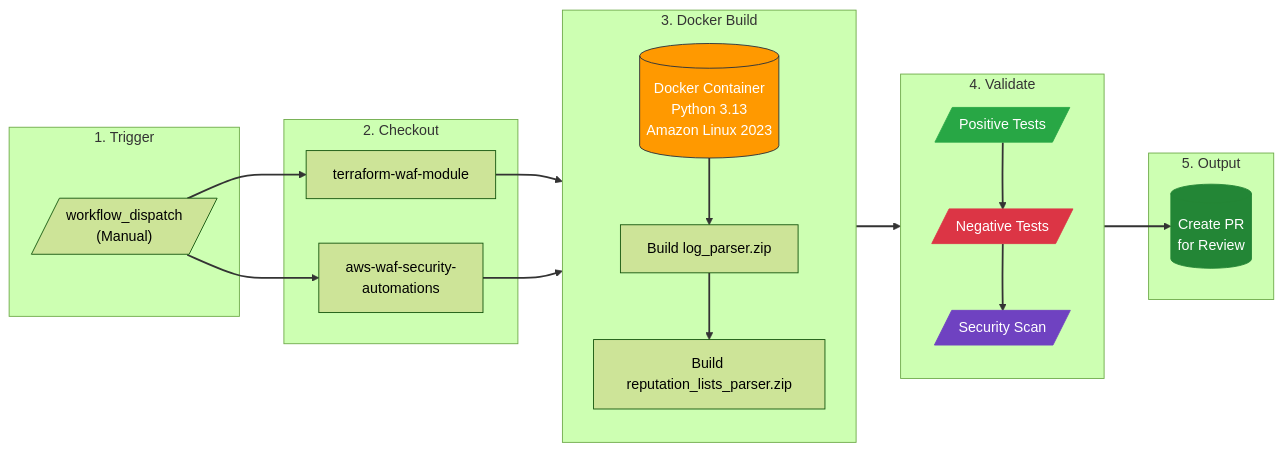
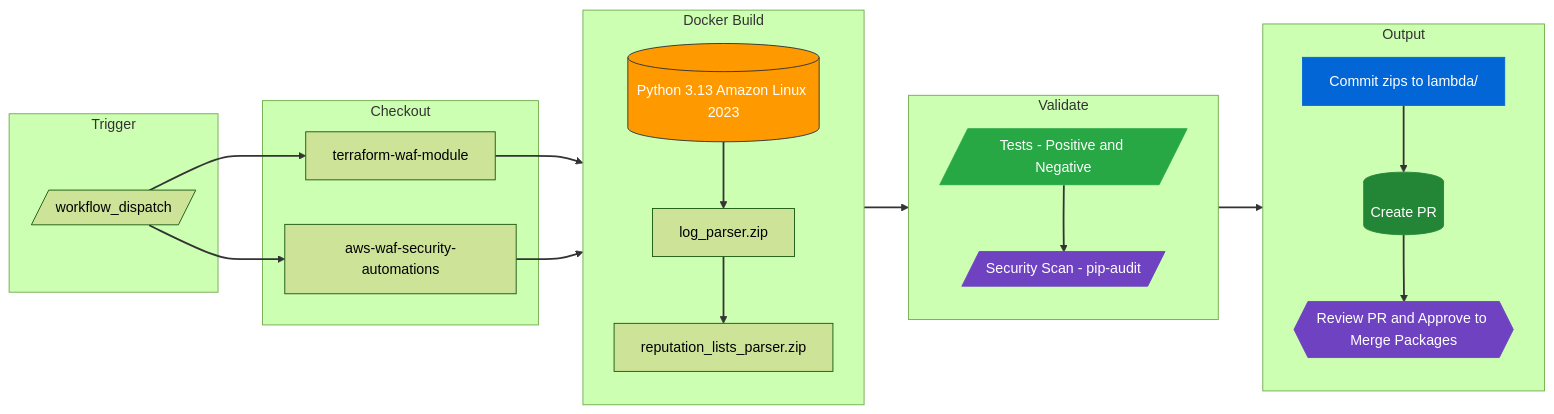
One commit to datastreamapp/terraform-waf-module changed the second of 7 diagrams in docs/ARCHITECTURE.md. Above: the diagram before and after it, drawn with Mermaid (forest theme). The commit also changed other lines of this file and 2 other files, not shown here.

First line of the commit message:
docs: update CI/CD pipeline diagrams to show complete flow

````diff
--- a/docs/ARCHITECTURE.md
+++ b/docs/ARCHITECTURE.md
@@ -78,44 +78,48 @@
 ```mermaid
 flowchart LR
-    subgraph Trigger["1. Trigger"]
-        Manual[/"workflow_dispatch<br/>(Manual)"/]
+    subgraph Trigger["Trigger"]
+        Manual[/"workflow_dispatch"/]
     end
 
-    subgraph Checkout["2. Checkout"]
+    subgraph Checkout["Checkout"]
         Repo[terraform-waf-module]
-        Upstream[aws-waf-security-<br/>automations]
+        Upstream[aws-waf-security-automations]
     end
 
-    subgraph Build["3. Docker Build"]
+    subgraph Build["Docker Build"]
         direction TB
-        Docker[("Docker Container<br/>Python 3.13<br/>Amazon Linux 2023")]
-        LP_Build[Build log_parser.zip]
-        RP_Build[Build reputation_lists_parser.zip]
+        Docker[("Python 3.13 Amazon Linux 2023")]
+        LP_Build[log_parser.zip]
+        RP_Build[reputation_lists_parser.zip]
         Docker --> LP_Build --> RP_Build
     end
 
-    subgraph Validate["4. Validate"]
+    subgraph Validate["Validate"]
         direction TB
-        Pos[/"Positive Tests"/]
-        Neg[/"Negative Tests"/]
-        Sec[/"Security Scan"/]
+        Tests[/"Tests - Positive and Negative"/]
+        Sec[/"Security Scan - pip-audit"/]
     end
 
-    subgraph Output["5. Output"]
-        PR[("Create PR<br/>for Review")]
+    subgraph Output["Output"]
+        direction TB
+        Commit["Commit zips to lambda/"]
+        PR[("Create PR")]
+        Review{{"Review PR and Approve to Merge Packages"}}
+        Commit --> PR --> Review
     end
 
     Manual --> Repo
     Manual --> Upstream
     Repo --> Docker
     Upstream --> Docker
-    RP_Build --> Pos --> Neg --> Sec --> PR
+    RP_Build --> Tests --> Sec --> Commit
 
     style Docker fill:#FF9900,stroke:#232F3E,color:white
+    style Commit fill:#0366d6,stroke:#0366d6,color:white
     style PR fill:#238636,stroke:#238636,color:white
-    style Pos fill:#28a745,stroke:#28a745,color:white
-    style Neg fill:#dc3545,stroke:#dc3545,color:white
+    style Review fill:#6f42c1,stroke:#6f42c1,color:white
+    style Tests fill:#28a745,stroke:#28a745,color:white
     style Sec fill:#6f42c1,stroke:#6f42c1,color:white
 
     linkStyle default stroke:#333,stroke-width:2px
 ```
````
